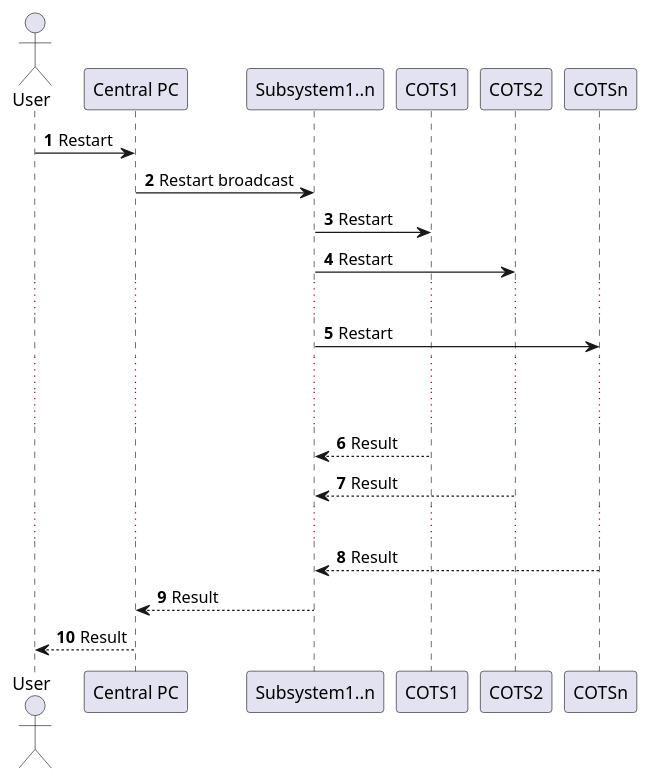
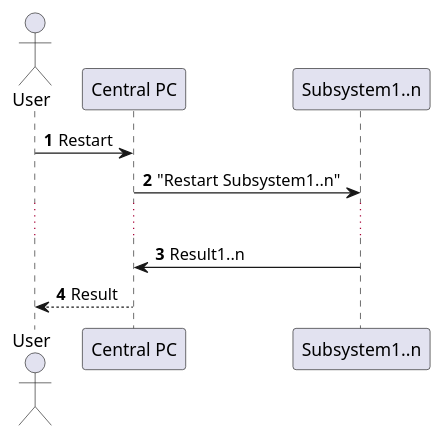
Before and after one commit to rihokalbus/homework_theoretical: the diagram in sequence_restart_system.puml, drawn with PlantUML. The commit also changed 8 other files, not shown here.

```diff
--- a/sequence_restart_system.puml
+++ b/sequence_restart_system.puml
@@ -1,21 +1,12 @@
 @startuml
 actor User
 participant CentralPC as "Central PC"
 participant ss as "Subsystem1..n"
 
 autonumber
 User -> CentralPC : Restart
-CentralPC -> ss : Restart broadcast
-ss -> COTS1 : Restart
-ss -> COTS2 : Restart
+CentralPC -> ss : "Restart Subsystem1..n"
 ...
-ss -> COTSn : Restart
-...
-...
-COTS1 --> ss : Result
-COTS2 --> ss : Result
-...
-COTSn --> ss : Result
-ss --> CentralPC : Result
+ss -> CentralPC : Result1..n
 CentralPC --> User : Result
 @enduml
```
